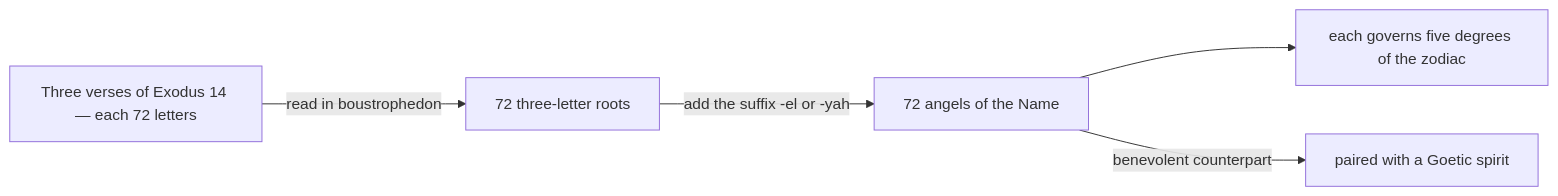
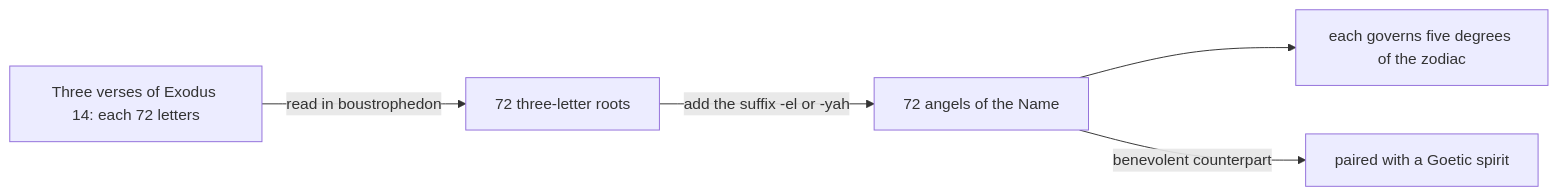
The diagram in data/knowledge/angels-and-demons/shem-ha-mephorash/index.md (kennethreitz/kennethreitz.org), drawn with Mermaid before and after one commit. The commit also changed other lines of this file and 879 other files, not shown here.

````diff
--- a/data/knowledge/angels-and-demons/shem-ha-mephorash/index.md
+++ b/data/knowledge/angels-and-demons/shem-ha-mephorash/index.md
@@ -17,8 +17,8 @@
 ```mermaid
 flowchart LR
-    E["Three verses of Exodus 14 — each 72 letters"]
+    E["Three verses of Exodus 14: each 72 letters"]
     E -->|"read in boustrophedon"| R["72 three-letter roots"]
     R -->|"add the suffix -el or -yah"| A["72 angels of the Name"]
     A --> Z["each governs five degrees of the zodiac"]
     A -->|"benevolent counterpart"| G["paired with a Goetic spirit"]
 ```
````
